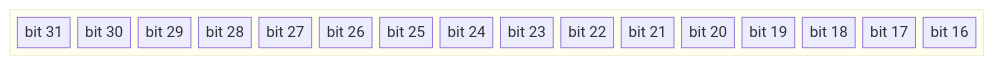
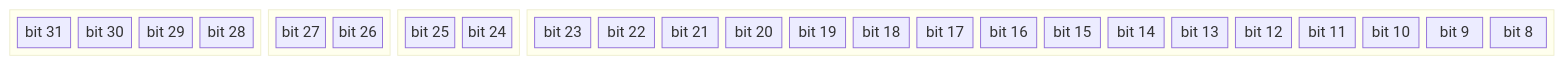
The eighth of 9 diagrams in docs/en/architecture/registers.md (MinecAnton209/NovumOS-16bit), drawn with Mermaid before and after one commit. The commit also changed other lines of this file and 20 other files, not shown here.

````diff
--- a/docs/en/architecture/registers.md
+++ b/docs/en/architecture/registers.md
@@ -319,11 +349,23 @@
 ```mermaid
 block-beta
     columns 16
-    block:extended:16
+    block:opcode32:4
+        columns 4
+        E_O3["bit 31"] E_O2["bit 30"] E_O1["bit 29"] E_O0["bit 28"]
+    end
+    block:dst32:2
+        columns 2
+        E_D1["bit 27"] E_D0["bit 26"]
+    end
+    block:mode32:2
+        columns 2
+        E_M1["bit 25"] E_M0["bit 24"]
+    end
+    block:immediate:16
         columns 16
-        E15["bit 31"] E14["bit 30"] E13["bit 29"] E12["bit 28"]
-        E11["bit 27"] E10["bit 26"] E9["bit 25"] E8["bit 24"]
-        E7["bit 23"] E6["bit 22"] E5["bit 21"] E4["bit 20"]
-        E3["bit 19"] E2["bit 18"] E1["bit 17"] E0["bit 16"]
+        I15["bit 23"] I14["bit 22"] I13["bit 21"] I12["bit 20"]
+        I11["bit 19"] I10["bit 18"] I9["bit 17"] I8["bit 16"]
+        I7["bit 15"] I6["bit 14"] I5["bit 13"] I4["bit 12"]
+        I3["bit 11"] I2["bit 10"] I1["bit 9"] I0["bit 8"]
     end
 ```
````
